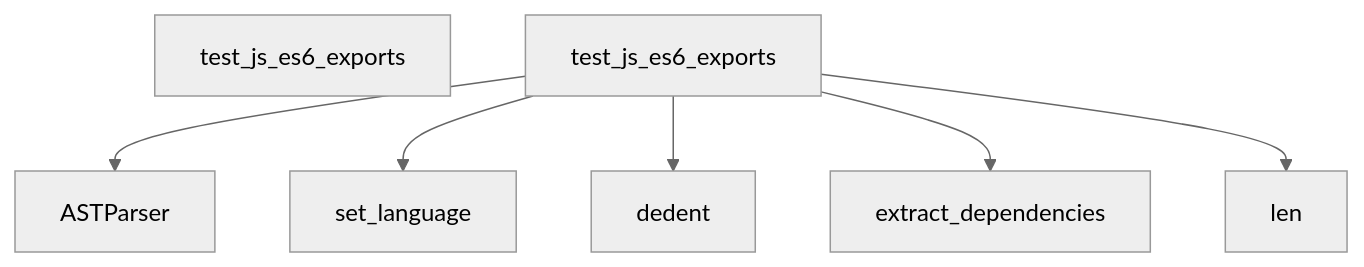
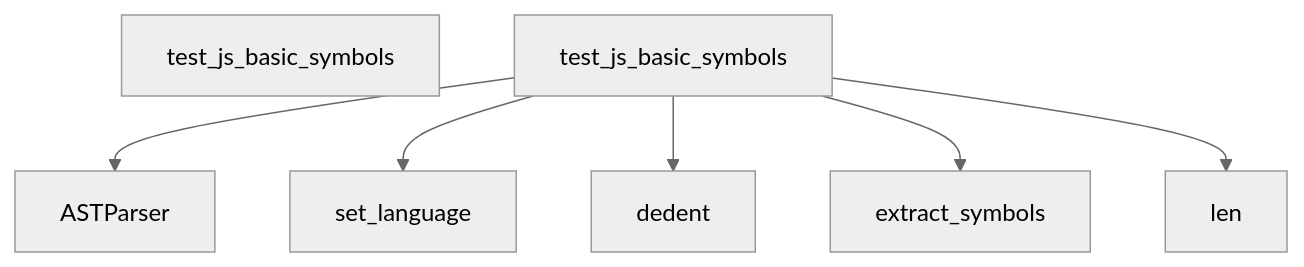
Diagram 26 of 27 in docs/DATA_FLOW.md (hazalkoom/DECODEx01), drawn with Mermaid (neutral theme) before and after one commit. The commit also changed other lines of this file and 12 other files, not shown here.

````diff
--- a/docs/DATA_FLOW.md
+++ b/docs/DATA_FLOW.md
@@ -947,25 +855,25 @@
 ```mermaid
 graph TD
-    Start[test_js_es6_exports]
+    Start[test_js_basic_symbols]
 
 
-    test_js_es6_exports --> ASTParser
+    test_js_basic_symbols --> ASTParser
 
 
 
-    test_js_es6_exports --> set_language
+    test_js_basic_symbols --> set_language
 
 
 
-    test_js_es6_exports --> dedent
+    test_js_basic_symbols --> dedent
 
 
 
-    test_js_es6_exports --> extract_dependencies
+    test_js_basic_symbols --> extract_symbols
 
 
 
-    test_js_es6_exports --> len
+    test_js_basic_symbols --> len
 
 
 ```
````
